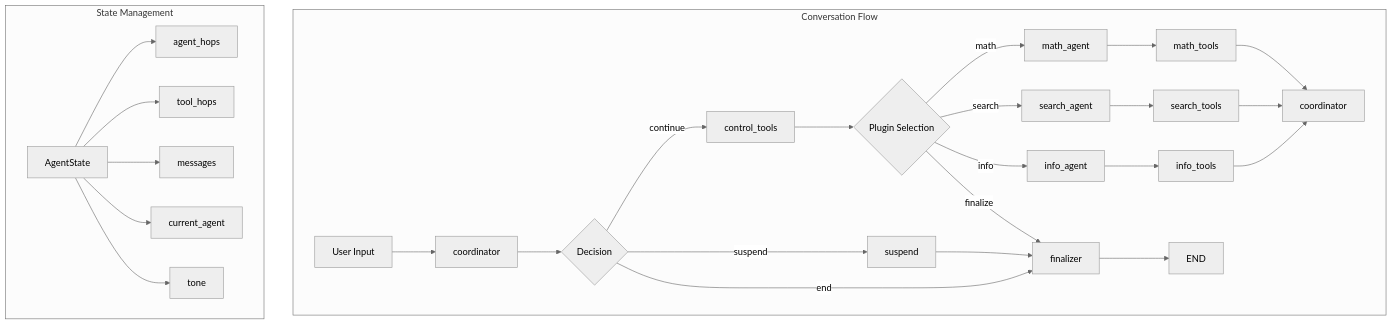
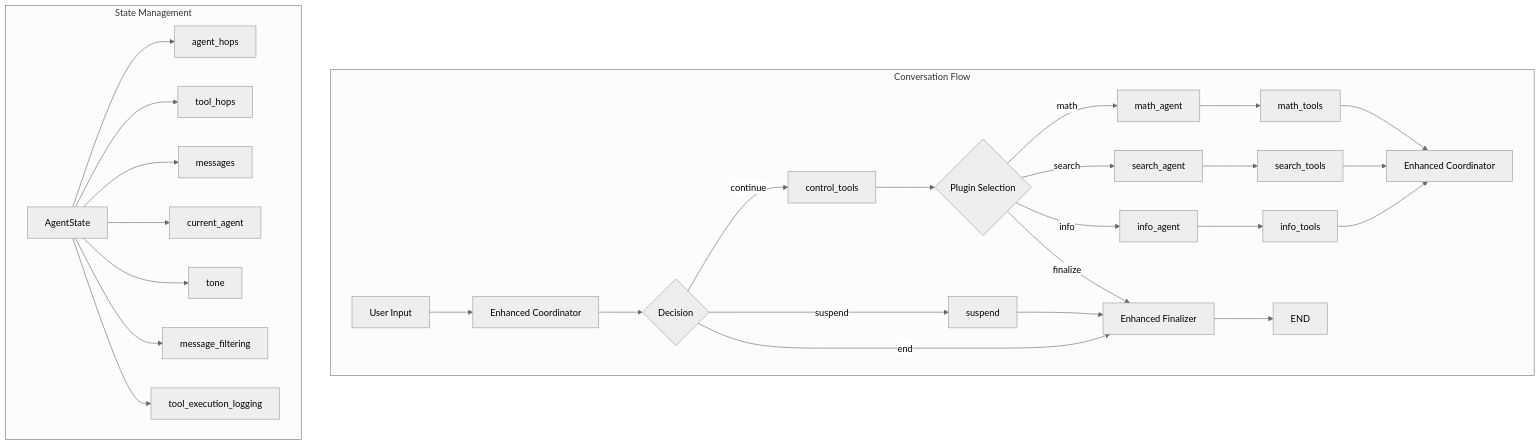
The tenth of 19 diagrams in docs/concepts/langgraph-architecture.md (jonaskahn/cadence), drawn with Mermaid (neutral theme) before and after one commit. The commit also changed other lines of this file and 37 other files, not shown here.

````diff
--- a/docs/concepts/langgraph-architecture.md
+++ b/docs/concepts/langgraph-architecture.md
@@ -527,36 +724,38 @@
 ```mermaid
 graph TB
     subgraph "Conversation Flow"
-        A[User Input] --> B[coordinator]
+        A[User Input] --> B[Enhanced Coordinator]
         B --> C{Decision}
         
         C -->|continue| D[control_tools]
         C -->|suspend| E[suspend]
-        C -->|end| K[finalizer]
+        C -->|end| K[Enhanced Finalizer]
         
         D --> G{Plugin Selection}
         G -->|math| H[math_agent]
         G -->|search| I[search_agent]
         G -->|info| J[info_agent]
         G -->|finalize| K
         
         H --> L[math_tools]
         I --> M[search_tools]
         J --> N[info_tools]
         
-        L --> O[coordinator]
+        L --> O[Enhanced Coordinator]
         M --> O
         N --> O
         
         E --> K
         K --> F[END]
     end
     
     subgraph "State Management"
         P[AgentState] --> Q[agent_hops]
         P --> R[tool_hops]
         P --> S[messages]
         P --> T[current_agent]
         P --> U[tone]
+        P --> V[message_filtering]
+        P --> W[tool_execution_logging]
     end
 ```
````
